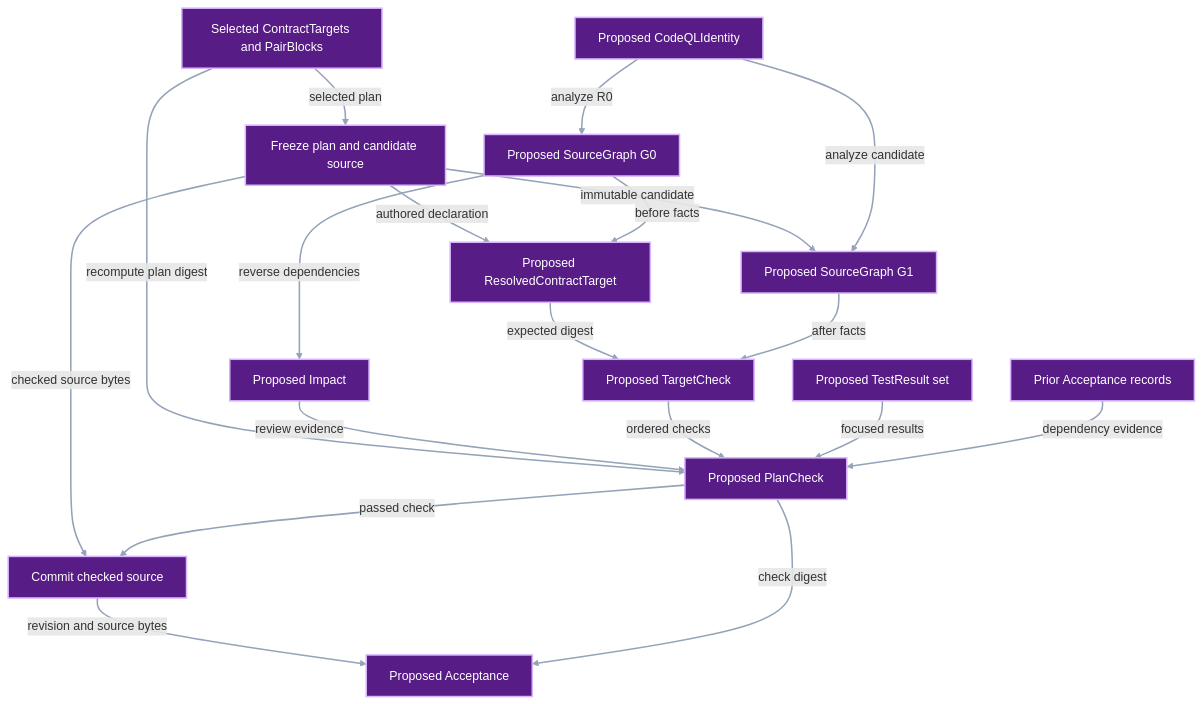
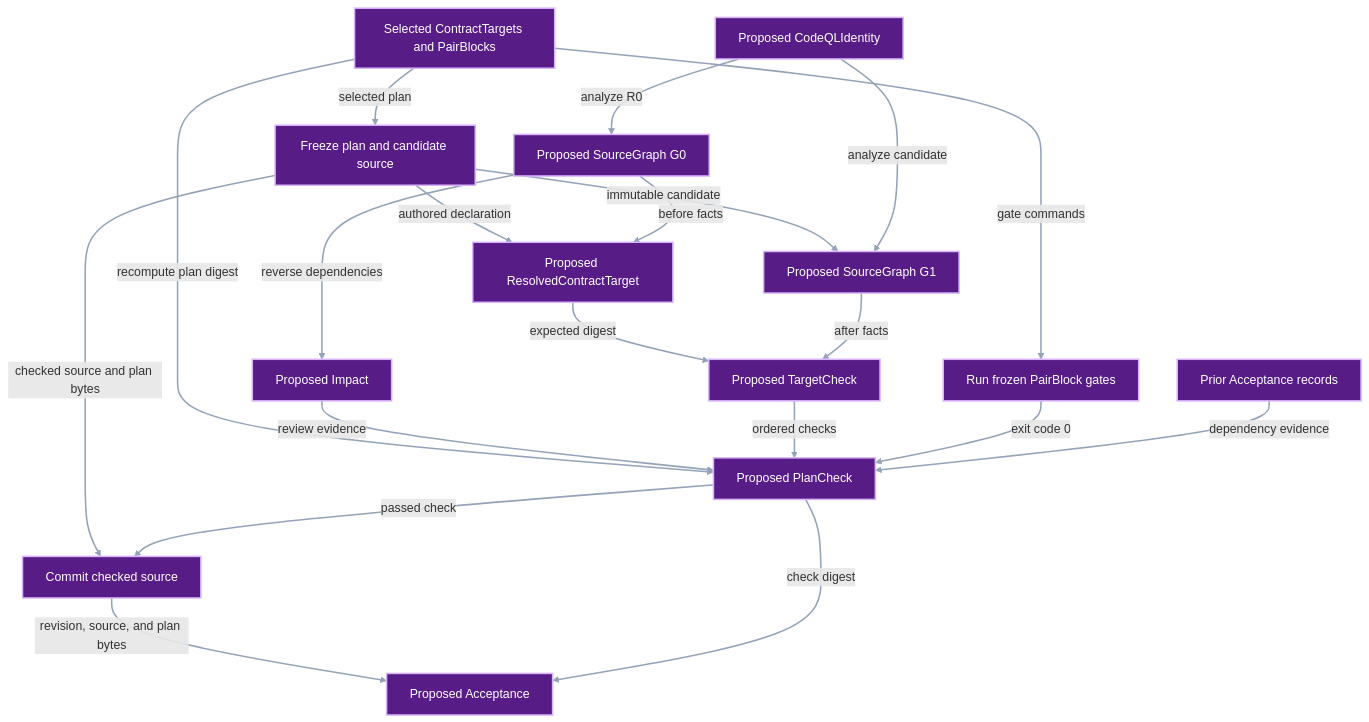
The second of 3 diagrams in docs/development/system-impact-compiler.md (pvd232/viper), drawn with Mermaid before and after one commit. The commit also changed other lines of this file and 3 other files, not shown here.

Commit message:
Simplify system impact acceptance modes

````diff
--- a/docs/development/system-impact-compiler.md
+++ b/docs/development/system-impact-compiler.md
@@ -137,39 +140,40 @@
 ```mermaid
 flowchart TB
     Plan["Selected ContractTargets and PairBlocks"]
     Freeze["Freeze plan and candidate source"]
     Identity["Proposed CodeQLIdentity"]
     Baseline["Proposed SourceGraph G0"]
     Impact["Proposed Impact"]
     Realized["Proposed SourceGraph G1"]
     Resolved["Proposed ResolvedContractTarget"]
     Target["Proposed TargetCheck"]
-    Tests["Proposed TestResult set"]
+    Gates["Run frozen PairBlock gates"]
     Prior["Prior Acceptance records"]
     Check["Proposed PlanCheck"]
     Commit["Commit checked source"]
     Acceptance["Proposed Acceptance"]
 
     Plan -->|"selected plan"| Freeze
     Plan -->|"recompute plan digest"| Check
     Identity -->|"analyze R0"| Baseline
     Baseline -->|"reverse dependencies"| Impact
     Freeze -->|"authored declaration"| Resolved
     Freeze -->|"immutable candidate"| Realized
     Identity -->|"analyze candidate"| Realized
     Baseline -->|"before facts"| Resolved
     Resolved -->|"expected digest"| Target
     Realized -->|"after facts"| Target
     Impact -->|"review evidence"| Check
     Target -->|"ordered checks"| Check
-    Tests -->|"focused results"| Check
+    Plan -->|"gate commands"| Gates
+    Gates -->|"exit code 0"| Check
     Prior -->|"dependency evidence"| Check
-    Freeze -->|"checked source bytes"| Commit
+    Freeze -->|"checked source and plan bytes"| Commit
     Check -->|"passed check"| Commit
-    Commit -->|"revision and source bytes"| Acceptance
+    Commit -->|"revision, source, and plan bytes"| Acceptance
     Check -->|"check digest"| Acceptance
 
-    class Plan,Freeze,Identity,Baseline,Impact,Realized,Resolved,Target,Tests,Prior,Check,Commit,Acceptance proposed
+    class Plan,Freeze,Identity,Baseline,Impact,Realized,Resolved,Target,Gates,Prior,Check,Commit,Acceptance proposed
     classDef proposed fill:#581c87,stroke:#d8b4fe,color:#ffffff,stroke-width:2px
     linkStyle default stroke:#94a3b8,stroke-width:2px
 ```
````
